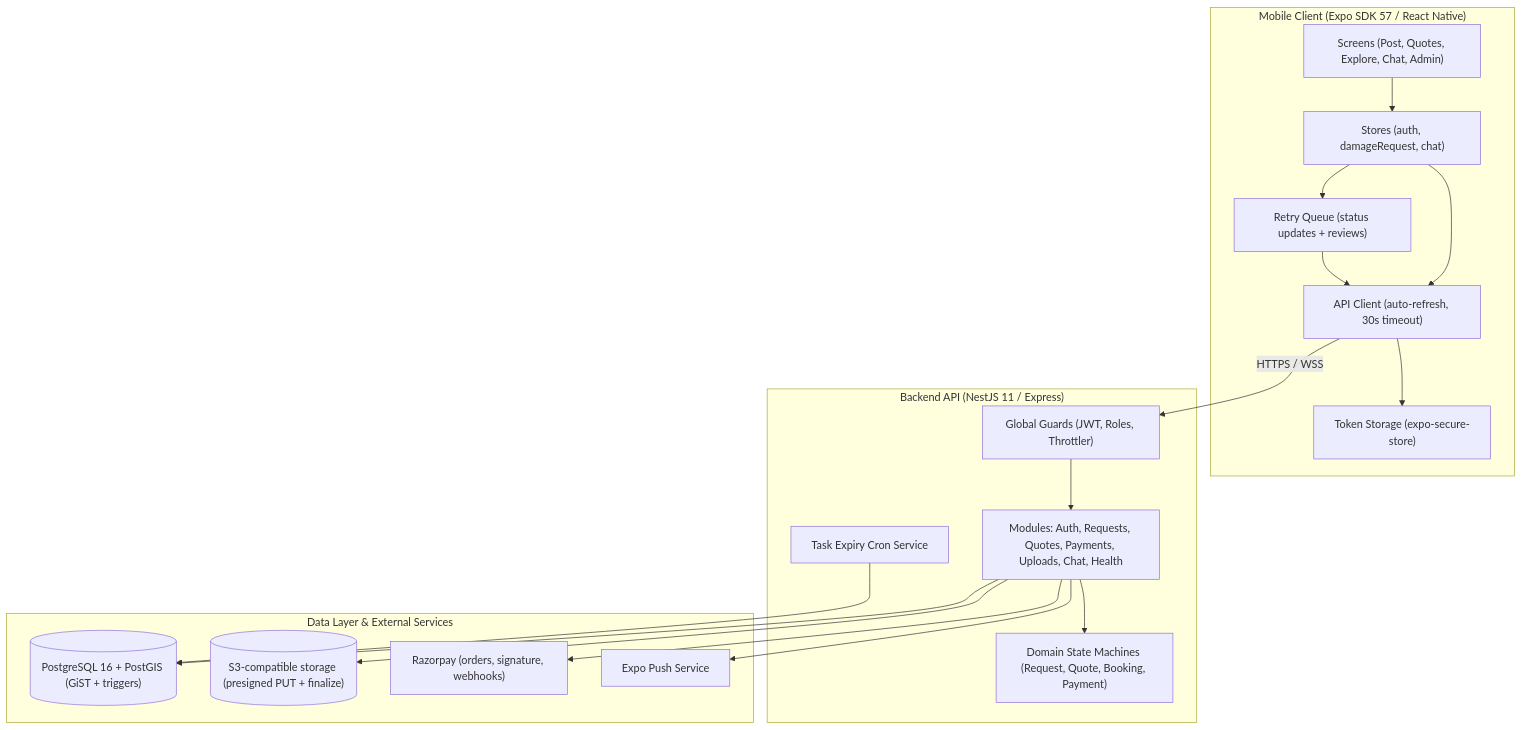
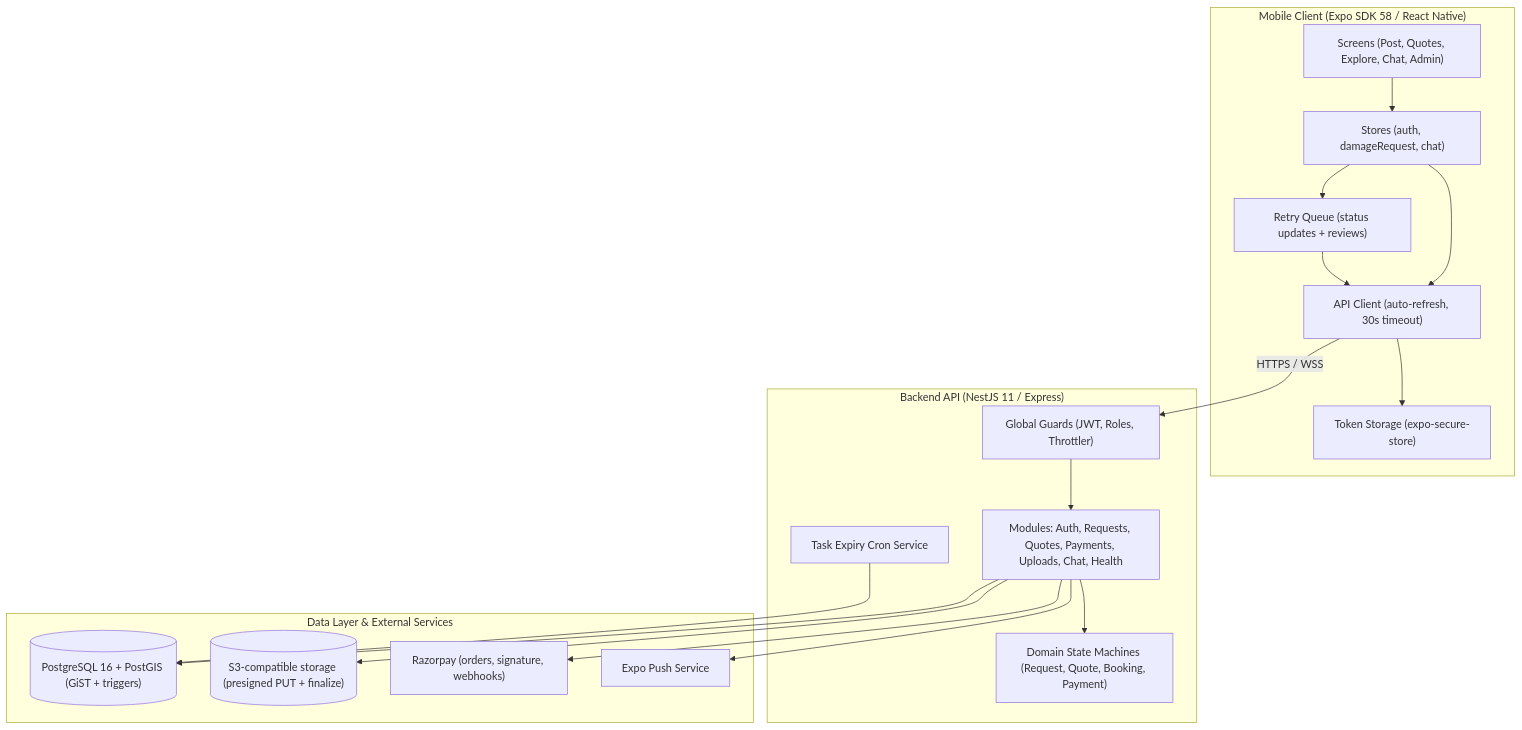
One commit to revanthrao92-debug/weyro changed the diagram in README.md. Above: the diagram before and after it, drawn with Mermaid. The commit also changed other lines of this file and 45 other files, not shown here.

````diff
--- a/README.md
+++ b/README.md
@@ -14,38 +14,38 @@
 ```mermaid
 graph TD
-    subgraph Client ["Mobile Client (Expo SDK 57 / React Native)"]
+    subgraph Client ["Mobile Client (Expo SDK 58 / React Native)"]
         UI["Screens (Post, Quotes, Explore, Chat, Admin)"]
         Store["Stores (auth, damageRequest, chat)"]
         Secure["Token Storage (expo-secure-store)"]
         Queue["Retry Queue (status updates + reviews)"]
         ClientAPI["API Client (auto-refresh, 30s timeout)"]
     end
 
     subgraph Backend ["Backend API (NestJS 11 / Express)"]
         GW["Global Guards (JWT, Roles, Throttler)"]
         Modules["Modules: Auth, Requests, Quotes, Payments, Uploads, Chat, Health"]
         SM["Domain State Machines (Request, Quote, Booking, Payment)"]
         Cron["Task Expiry Cron Service"]
     end
 
     subgraph Data ["Data Layer & External Services"]
         PG[("PostgreSQL 16 + PostGIS (GiST + triggers)")]
         S3[("S3-compatible storage (presigned PUT + finalize)")]
         RZP["Razorpay (orders, signature, webhooks)"]
         ExpoPush["Expo Push Service"]
     end
 
     UI --> Store
     Store --> ClientAPI
     Store --> Queue
     Queue --> ClientAPI
     ClientAPI --> Secure
     ClientAPI -->|HTTPS / WSS| GW
     GW --> Modules
     Modules --> SM
     Modules --> PG
     Modules --> S3
     Modules --> RZP
     Modules --> ExpoPush
     Cron --> PG
 ```
````
